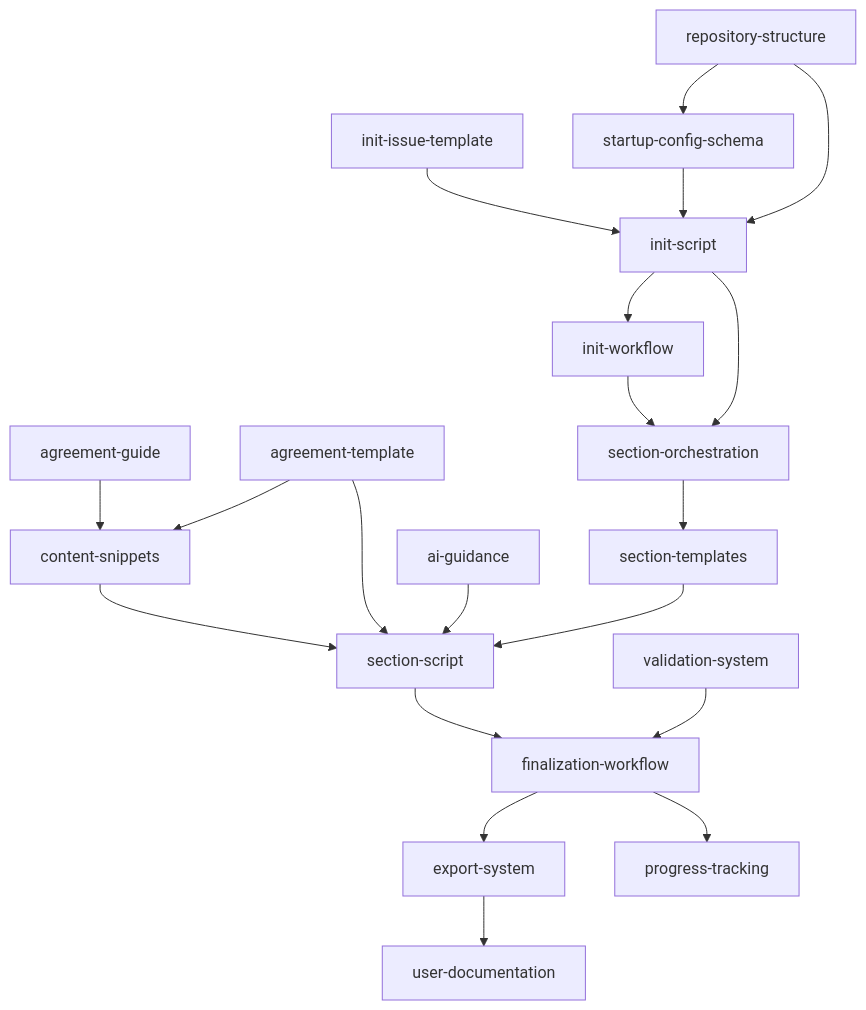
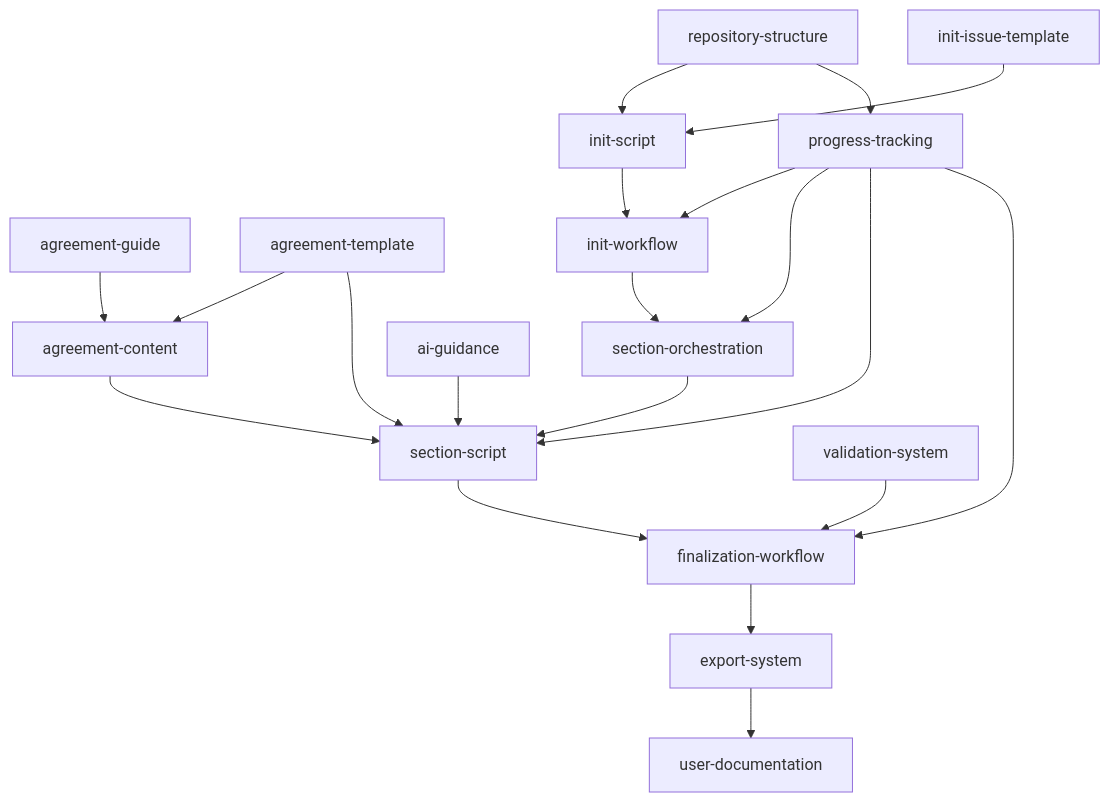
One commit to Xerilium/catalyst-founders-agreement changed the diagram in .xe/specs/blueprint/spec.md. Above: the diagram before and after it, drawn with Mermaid. The commit also changed other lines of this file and 1 other file, not shown here.

First line of the commit message:
Refactor: Simplify blueprint architecture from 17 to 15 features

````diff
--- a/.xe/specs/blueprint/spec.md
+++ b/.xe/specs/blueprint/spec.md
@@ -43,54 +43,52 @@
 ```mermaid
 graph TD
     %% Tier 0: Foundation
     A[repository-structure]
     B[init-issue-template]
     C[agreement-guide]
     D[agreement-template]
 
     %% Tier 1: Core Configuration
-    E[startup-config-schema]
-    F[init-script]
-    G[content-snippets]
+    E[init-script]
+    F[agreement-content]
+    G[progress-tracking]
 
     %% Tier 2: Automation
     H[init-workflow]
     I[section-orchestration]
-    J[section-templates]
 
     %% Tier 3: Section Processing
-    K[section-script]
-    L[ai-guidance]
-    M[validation-system]
+    J[section-script]
+    K[ai-guidance]
+    L[validation-system]
 
     %% Tier 4: Finalization
-    N[finalization-workflow]
-    O[export-system]
-    P[progress-tracking]
-    Q[user-documentation]
+    M[finalization-workflow]
+    N[export-system]
+    O[user-documentation]
 
     %% Dependencies
     A --> E
-    A --> F
-    B --> F
-    C --> G
-    D --> G
-    D --> K
+    A --> G
+    B --> E
+    C --> F
+    D --> F
+    D --> J
 
-    E --> F
-    F --> H
-    F --> I
-    G --> K
+    E --> H
+    F --> J
+    G --> H
+    G --> I
+    G --> J
 
     H --> I
     I --> J
-    J --> K
 
-    K --> N
-    L --> K
+    G --> M
+    J --> M
+    K --> J
+    L --> M
+
     M --> N
-
     N --> O
-    N --> P
-    O --> Q
 ```
````
